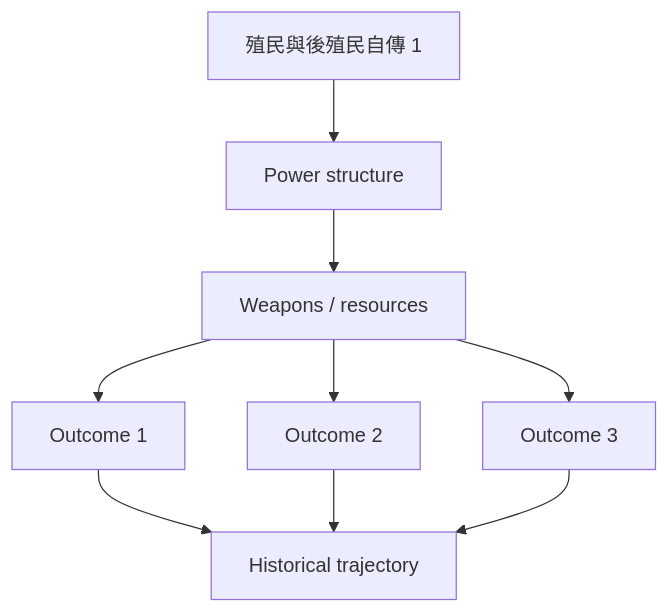
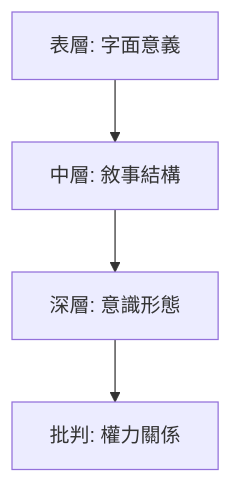
The third of 6 diagrams in 01_HKU_Courses/HIST2070_Stories_of_Self.md (yip-lgtm/HKU-Harvard-History-Self-Study), drawn with Mermaid before and after one commit. The commit also changed other lines of this file and 48 other files, not shown here.

````diff
--- a/01_HKU_Courses/HIST2070_Stories_of_Self.md
+++ b/01_HKU_Courses/HIST2070_Stories_of_Self.md
@@ -185,11 +132,6 @@
 ```mermaid
-graph TD
-    A[殖民與後殖民自傳 1] --> B[Power structure]
-    B --> C[Weapons / resources]
-    C --> D[Outcome 1]
-    C --> E[Outcome 2]
-    C --> F[Outcome 3]
-    D --> G[Historical trajectory]
-    E --> G
-    F --> G
+flowchart TD
+    A[表層: 字面意義] --> B[中層: 敘事結構]
+    B --> C[深層: 意識形態]
+    C --> D[批判: 權力關係]
 ```
````
